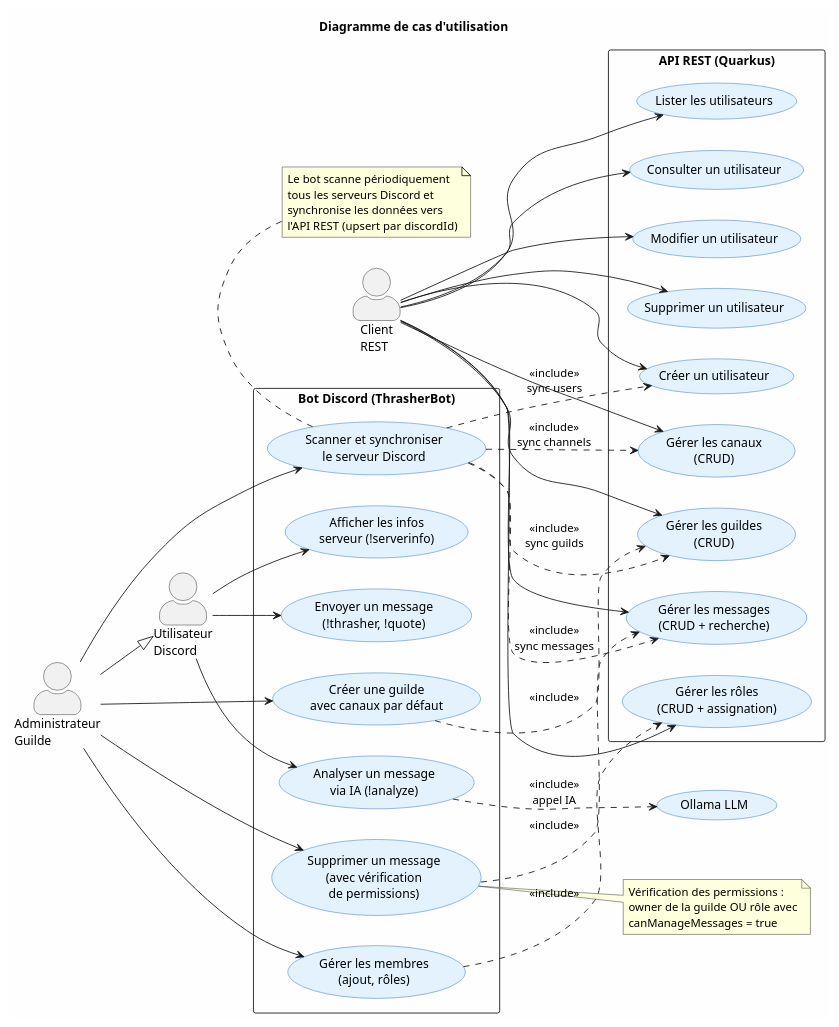
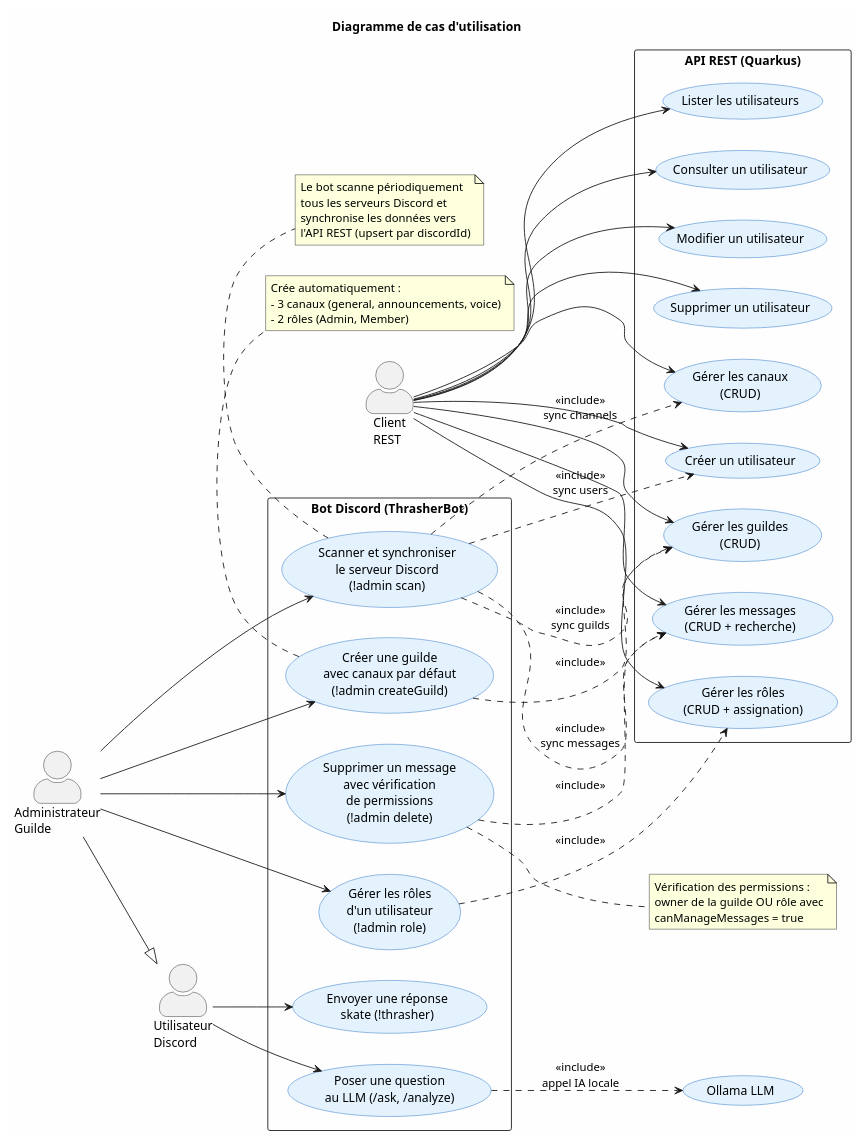
One commit to DPTINFO-M2-2026/tp-fil-rouge-YacineCC changed the diagram in docs/use-cases.puml. Above: the diagram before and after it, drawn with PlantUML.

Commit message:
docs: mise a jour diagramme use-cases avec nouvelles commandes bot

```diff
--- a/docs/use-cases.puml
+++ b/docs/use-cases.puml
@@ -1,90 +1,94 @@
 @startuml Cas d'utilisation — BotDiscord
 
 left to right direction
 skinparam actorStyle awesome
 skinparam packageStyle rectangle
 skinparam backgroundColor #FEFEFE
 skinparam usecase {
     BackgroundColor #E3F2FD
     BorderColor #1565C0
 }
 
 title Diagramme de cas d'utilisation
 
 ' ─── Acteurs ──────────────────────────────────────────────────
 actor "Utilisateur\nDiscord" as user
 actor "Administrateur\nGuilde" as admin
 actor "Client\nREST" as restclient
 
 admin --|> user
 
 ' ─── API REST (Quarkus) ──────────────────────────────────────
 package "API REST (Quarkus)" {
     usecase "Lister les utilisateurs" as UC_LIST_USERS
     usecase "Consulter un utilisateur" as UC_GET_USER
     usecase "Créer un utilisateur" as UC_CREATE_USER
     usecase "Modifier un utilisateur" as UC_UPDATE_USER
     usecase "Supprimer un utilisateur" as UC_DELETE_USER
 
     usecase "Gérer les guildes\n(CRUD)" as UC_GUILD
     usecase "Gérer les canaux\n(CRUD)" as UC_CHANNEL
     usecase "Gérer les rôles\n(CRUD + assignation)" as UC_ROLE
     usecase "Gérer les messages\n(CRUD + recherche)" as UC_MESSAGE
 }
 
 restclient --> UC_LIST_USERS
 restclient --> UC_GET_USER
 restclient --> UC_CREATE_USER
 restclient --> UC_UPDATE_USER
 restclient --> UC_DELETE_USER
 restclient --> UC_GUILD
 restclient --> UC_CHANNEL
 restclient --> UC_ROLE
 restclient --> UC_MESSAGE
 
 ' ─── Bot Discord ─────────────────────────────────────────────
 package "Bot Discord (ThrasherBot)" {
-    usecase "Envoyer un message\n(!thrasher, !quote)" as UC_BOT_MSG
-    usecase "Scanner et synchroniser\nle serveur Discord" as UC_BOT_SCAN
-    usecase "Analyser un message\nvia IA (!analyze)" as UC_BOT_AI
-    usecase "Créer une guilde\navec canaux par défaut" as UC_BOT_GUILD
-    usecase "Gérer les membres\n(ajout, rôles)" as UC_BOT_MEMBER
-    usecase "Supprimer un message\n(avec vérification\nde permissions)" as UC_BOT_DELETE
-    usecase "Afficher les infos\nserveur (!serverinfo)" as UC_BOT_INFO
+    usecase "Envoyer une réponse\nskate (!thrasher)" as UC_BOT_MSG
+    usecase "Scanner et synchroniser\nle serveur Discord\n(!admin scan)" as UC_BOT_SCAN
+    usecase "Poser une question\nau LLM (/ask, /analyze)" as UC_BOT_AI
+    usecase "Créer une guilde\navec canaux par défaut\n(!admin createGuild)" as UC_BOT_GUILD
+    usecase "Gérer les rôles\nd'un utilisateur\n(!admin role)" as UC_BOT_ROLE
+    usecase "Supprimer un message\navec vérification\nde permissions\n(!admin delete)" as UC_BOT_DELETE
 }
 
 user --> UC_BOT_MSG
 user --> UC_BOT_AI
-user --> UC_BOT_INFO
 admin --> UC_BOT_SCAN
 admin --> UC_BOT_GUILD
-admin --> UC_BOT_MEMBER
+admin --> UC_BOT_ROLE
 admin --> UC_BOT_DELETE
 
 ' ─── Relations ────────────────────────────────────────────────
 UC_BOT_SCAN ..> UC_CREATE_USER : <<include>>\nsync users
 UC_BOT_SCAN ..> UC_GUILD : <<include>>\nsync guilds
 UC_BOT_SCAN ..> UC_CHANNEL : <<include>>\nsync channels
 UC_BOT_SCAN ..> UC_MESSAGE : <<include>>\nsync messages
 
 UC_BOT_GUILD ..> UC_GUILD : <<include>>
-UC_BOT_MEMBER ..> UC_ROLE : <<include>>
+UC_BOT_ROLE ..> UC_ROLE : <<include>>
 UC_BOT_DELETE ..> UC_MESSAGE : <<include>>
 
-UC_BOT_AI ..> (Ollama LLM) : <<include>>\nappel IA
+UC_BOT_AI ..> (Ollama LLM) : <<include>>\nappel IA locale
 
 ' ─── Notes ────────────────────────────────────────────────────
 note bottom of UC_BOT_SCAN
     Le bot scanne périodiquement
     tous les serveurs Discord et
     synchronise les données vers
     l'API REST (upsert par discordId)
 end note
 
 note right of UC_BOT_DELETE
     Vérification des permissions :
     owner de la guilde OU rôle avec
     canManageMessages = true
 end note
 
+note bottom of UC_BOT_GUILD
+    Crée automatiquement :
+    - 3 canaux (general, announcements, voice)
+    - 2 rôles (Admin, Member)
+end note
+
 @enduml
```
